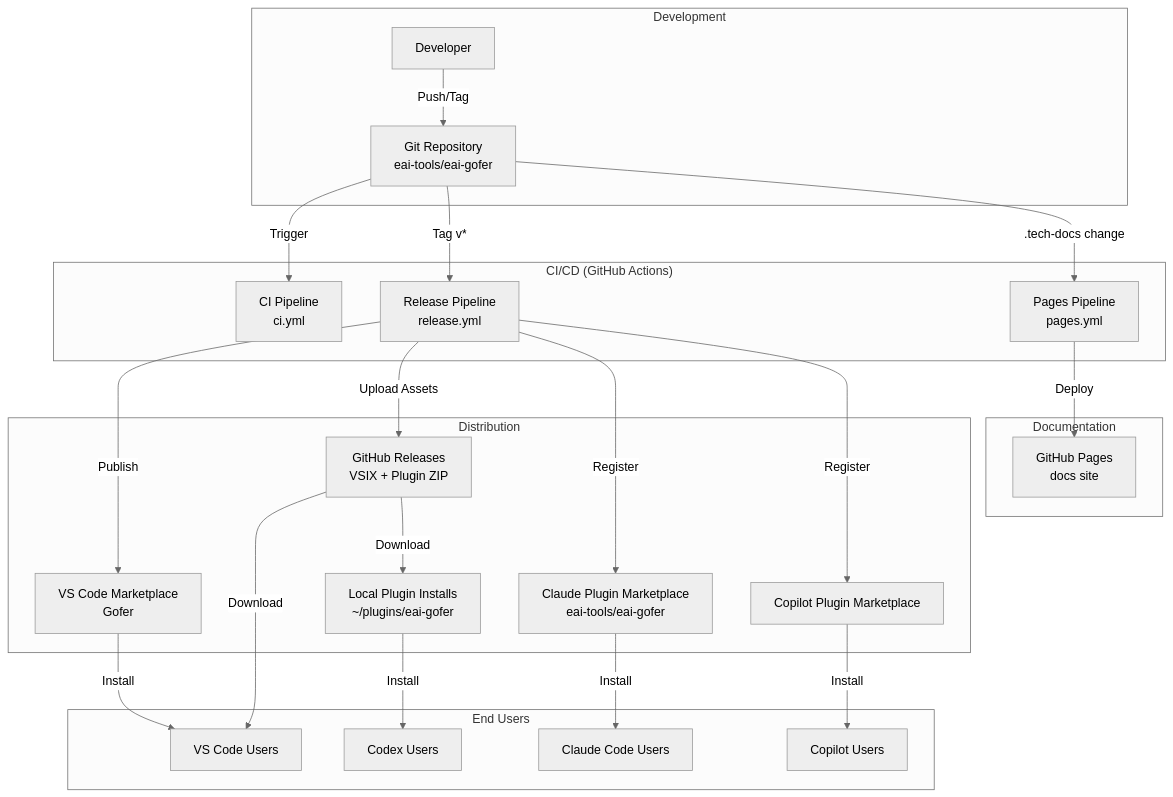
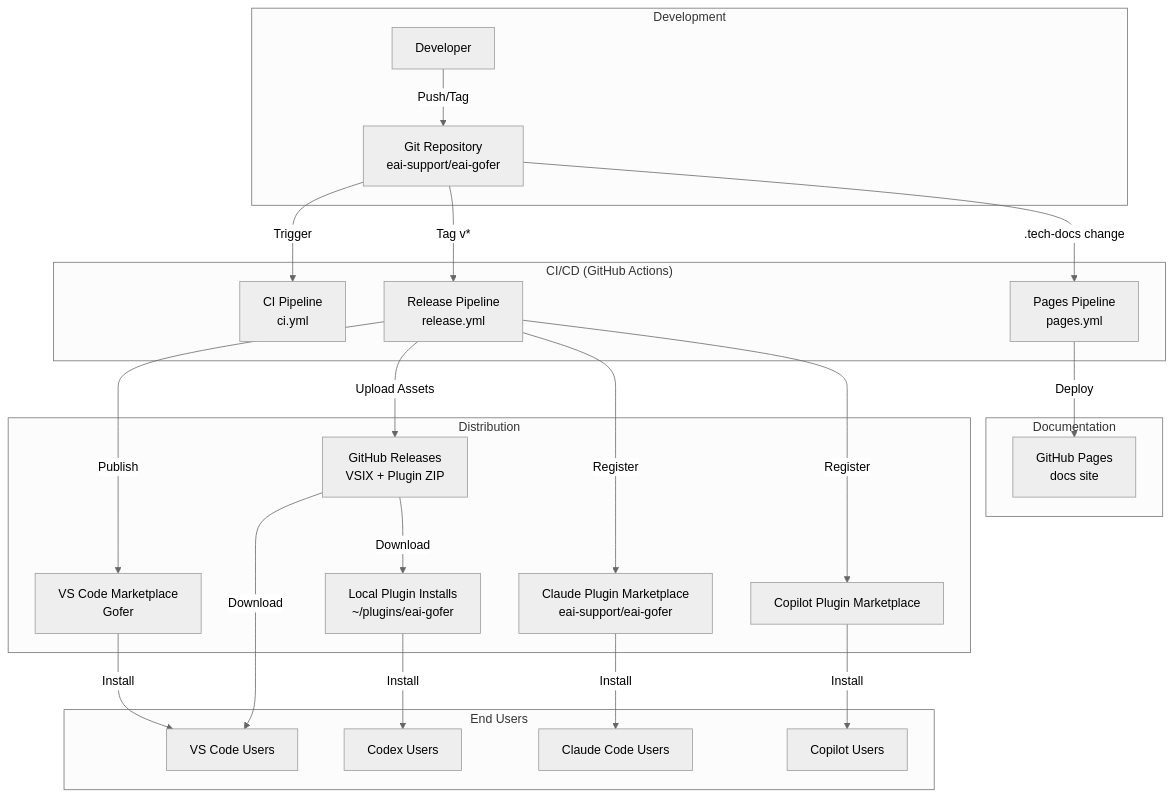
The diagram in .tech-docs/deployment.md (eai-support/eai-gofer), drawn with Mermaid (neutral theme) before and after one commit. The commit also changed other lines of this file and 220 other files, not shown here.

First line of the commit message:
chore: update GitHub org links to eai-support (#270)

````diff
--- a/.tech-docs/deployment.md
+++ b/.tech-docs/deployment.md
@@ -24,51 +24,51 @@
 ```mermaid
 flowchart TB
     subgraph "Development"
         Dev["Developer"]
-        Git["Git Repository<br/>eai-tools/eai-gofer"]
+        Git["Git Repository<br/>eai-support/eai-gofer"]
     end
 
     subgraph "CI/CD (GitHub Actions)"
         CI["CI Pipeline<br/>ci.yml"]
         Release["Release Pipeline<br/>release.yml"]
         Pages["Pages Pipeline<br/>pages.yml"]
     end
 
     subgraph "Distribution"
         VSCodeMarketplace["VS Code Marketplace<br/>Gofer"]
         GitHubReleases["GitHub Releases<br/>VSIX + Plugin ZIP"]
-        ClaudeMarket["Claude Plugin Marketplace<br/>eai-tools/eai-gofer"]
+        ClaudeMarket["Claude Plugin Marketplace<br/>eai-support/eai-gofer"]
         CopilotMarket["Copilot Plugin Marketplace"]
         LocalPlugins["Local Plugin Installs<br/>~/plugins/eai-gofer"]
     end
 
     subgraph "Documentation"
         GHPages["GitHub Pages<br/>docs site"]
     end
 
     subgraph "End Users"
         VSCode["VS Code Users"]
         Claude["Claude Code Users"]
         Copilot["Copilot Users"]
         Codex["Codex Users"]
     end
 
     Dev -->|Push/Tag| Git
     Git -->|Trigger| CI
     Git -->|Tag v*| Release
     Git -->|.tech-docs change| Pages
 
     Release -->|Publish| VSCodeMarketplace
     Release -->|Upload Assets| GitHubReleases
     Release -->|Register| ClaudeMarket
     Release -->|Register| CopilotMarket
 
     Pages -->|Deploy| GHPages
 
     VSCodeMarketplace -->|Install| VSCode
     GitHubReleases -->|Download| VSCode
     ClaudeMarket -->|Install| Claude
     CopilotMarket -->|Install| Copilot
     GitHubReleases -->|Download| LocalPlugins
     LocalPlugins -->|Install| Codex
 ```
````
